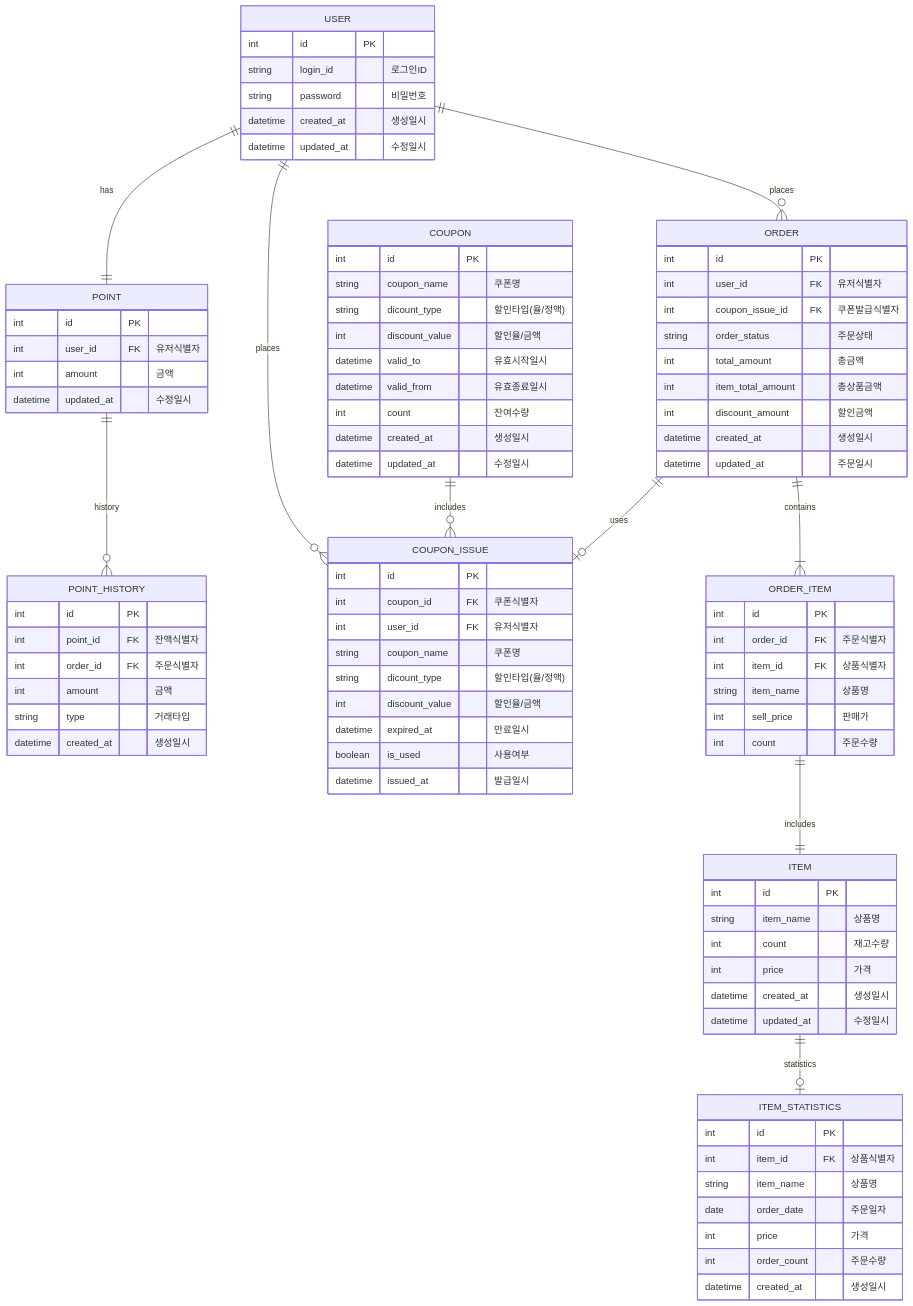
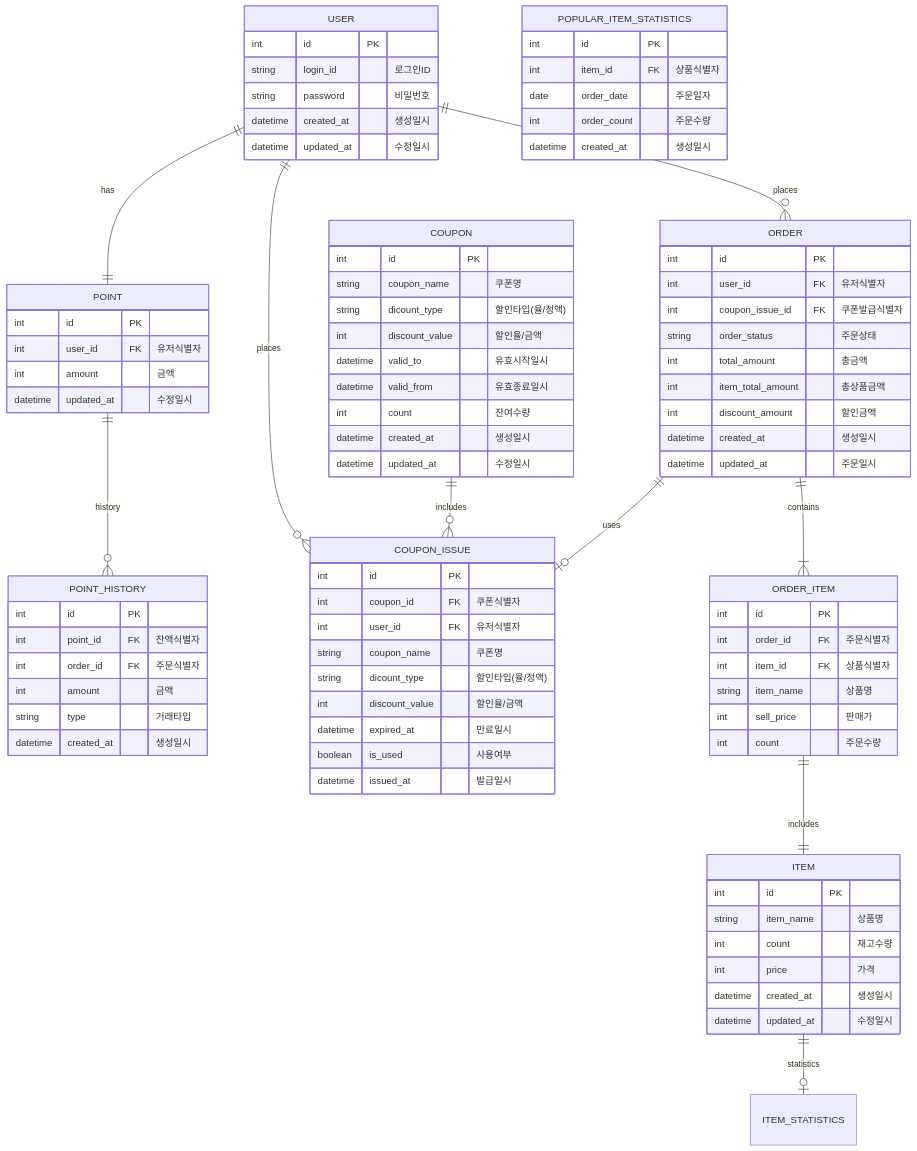
One commit to joona95/hhplus-ecommerce changed the diagram in docs/erd.md. Above: the diagram before and after it, drawn with Mermaid. The commit also changed 25 other files, not shown here.

```diff
--- a/docs/erd.md
+++ b/docs/erd.md
@@ -90,12 +90,10 @@
     datetime updated_at "수정일시"
 }
 
-ITEM_STATISTICS {
+POPULAR_ITEM_STATISTICS {
     int id PK
     int item_id FK "상품식별자"
-    string item_name "상품명"
     date order_date "주문일자"
-    int price "가격"
     int order_count "주문수량"
     datetime created_at "생성일시"
 }
```
